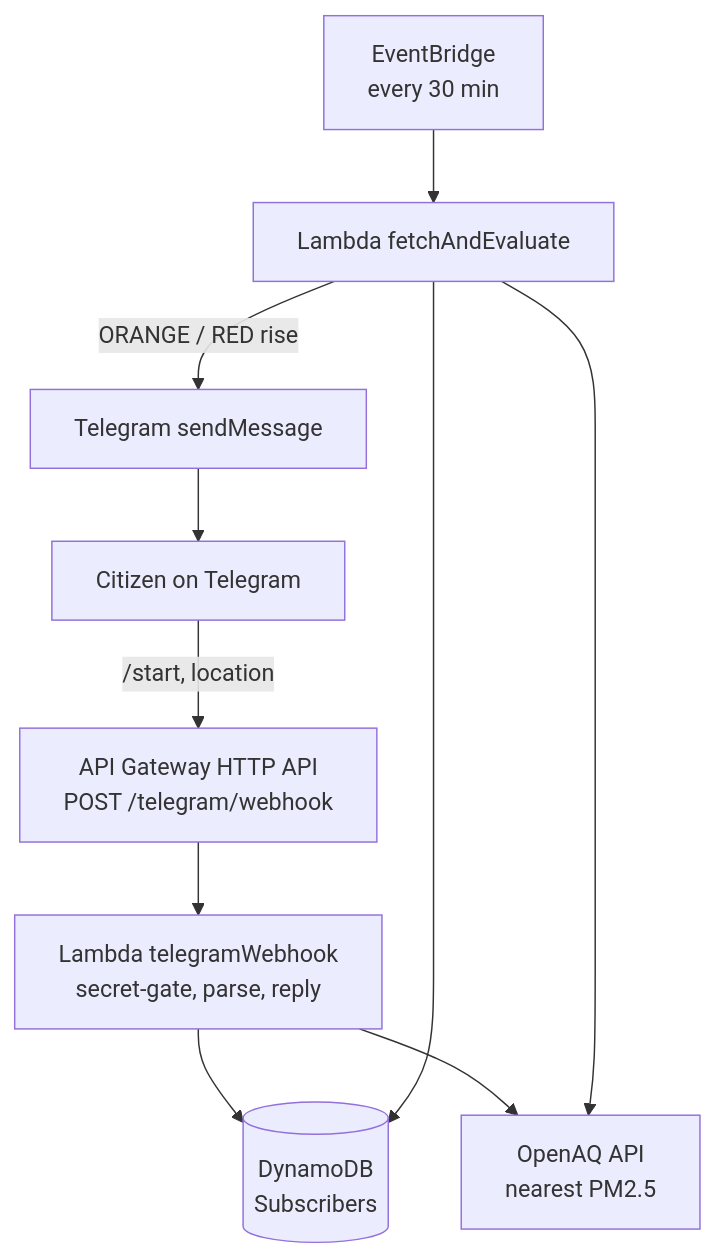
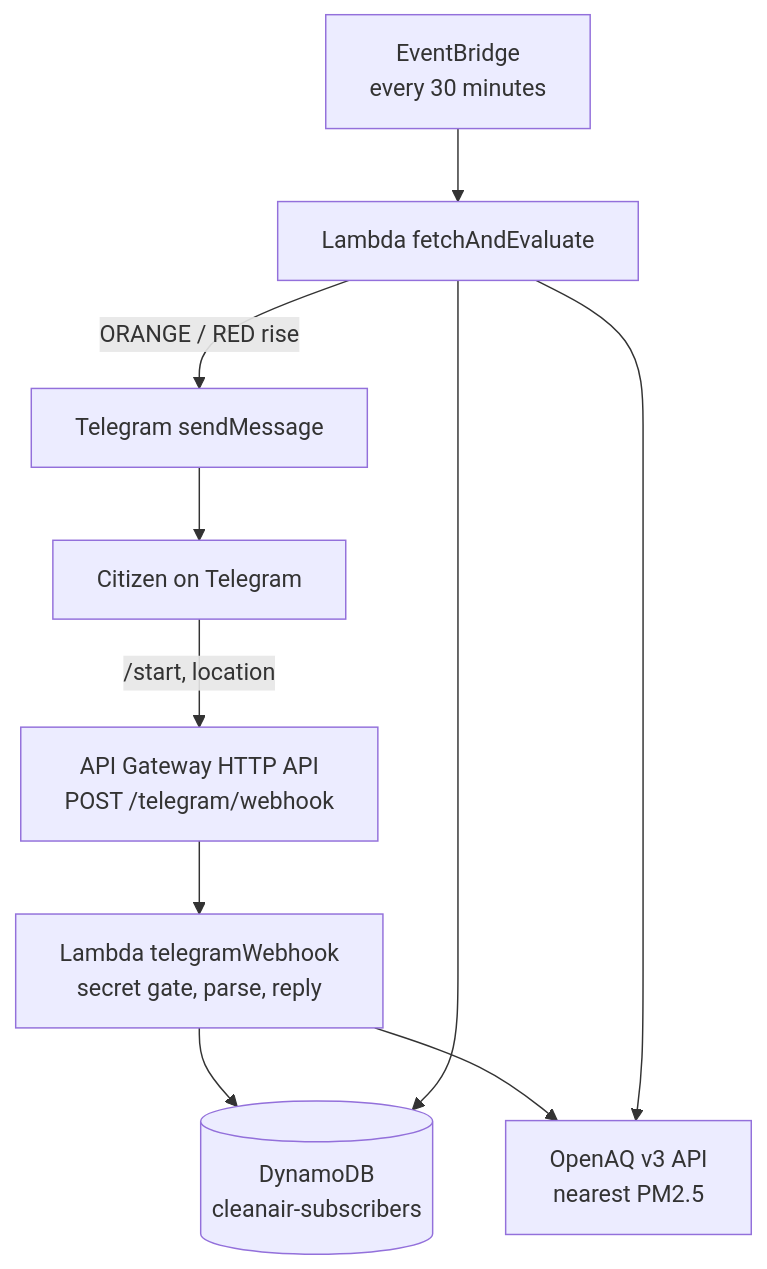
One commit to ad1tyayadav/awsEnvHackAQI changed the diagram in README.md. Above: the diagram before and after it, drawn with Mermaid. The commit also changed other lines of this file and 9 other files, not shown here.

````diff
--- a/README.md
+++ b/README.md
@@ -42,12 +53,12 @@
 ```mermaid
 graph TD
   U[Citizen on Telegram] -->|/start, location| WA[API Gateway HTTP API<br/>POST /telegram/webhook]
-  WA --> WH[Lambda telegramWebhook<br/>secret-gate, parse, reply]
-  WH --> SB[(DynamoDB<br/>Subscribers)]
-  WH --> OA[OpenAQ API<br/>nearest PM2.5]
-  EB[EventBridge<br/>every 30 min] --> SC[Lambda fetchAndEvaluate]
+  WA --> WH[Lambda telegramWebhook<br/>secret gate, parse, reply]
+  WH --> SB[(DynamoDB<br/>cleanair-subscribers)]
+  WH --> OA[OpenAQ v3 API<br/>nearest PM2.5]
+  EB[EventBridge<br/>every 30 minutes] --> SC[Lambda fetchAndEvaluate]
   SC --> SB
   SC --> OA
   SC -->|ORANGE / RED rise| TG[Telegram sendMessage]
   TG --> U
 ```
````
